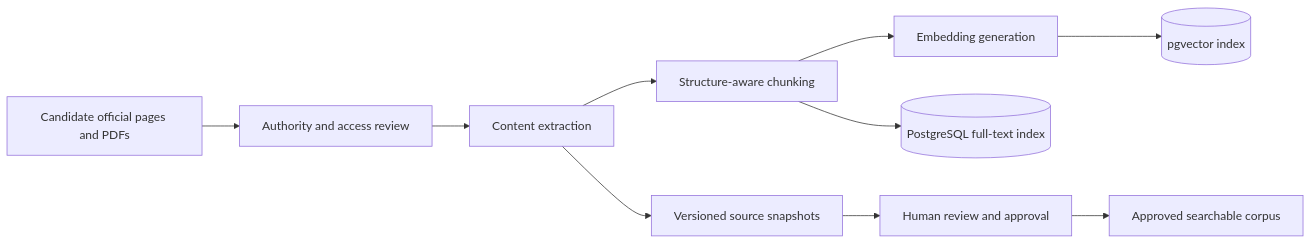
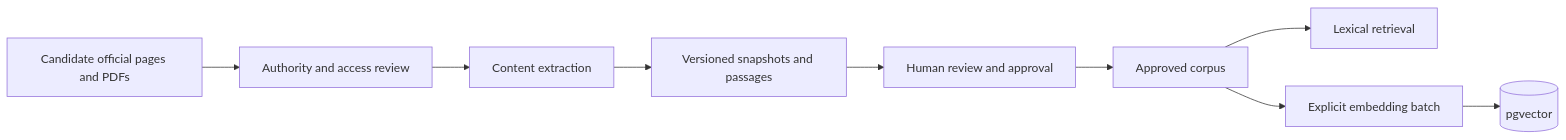
The fourth of 5 diagrams in PracticaMIA_Complete_Project_Specification.md (adembilge/PracticaMIA), drawn with Mermaid before and after one commit. The commit also changed other lines of this file, not shown here.

Commit message:
Clarify reviewed-source and authentication architecture in the specification

````diff
--- a/PracticaMIA_Complete_Project_Specification.md
+++ b/PracticaMIA_Complete_Project_Specification.md
@@ -553,12 +555,11 @@
 ```mermaid
 flowchart LR
     A[Candidate official pages and PDFs] --> B[Authority and access review]
     B --> C[Content extraction]
-    C --> D[Structure-aware chunking]
-    D --> E[Embedding generation]
-    E --> F[(pgvector index)]
-    D --> G[(PostgreSQL full-text index)]
-    C --> H[Versioned source snapshots]
-    H --> I[Human review and approval]
-    I --> J[Approved searchable corpus]
+    C --> D[Versioned snapshots and passages]
+    D --> E[Human review and approval]
+    E --> F[Approved corpus]
+    F --> G[Lexical retrieval]
+    F --> H[Explicit embedding batch]
+    H --> I[(pgvector)]
 ```
````
